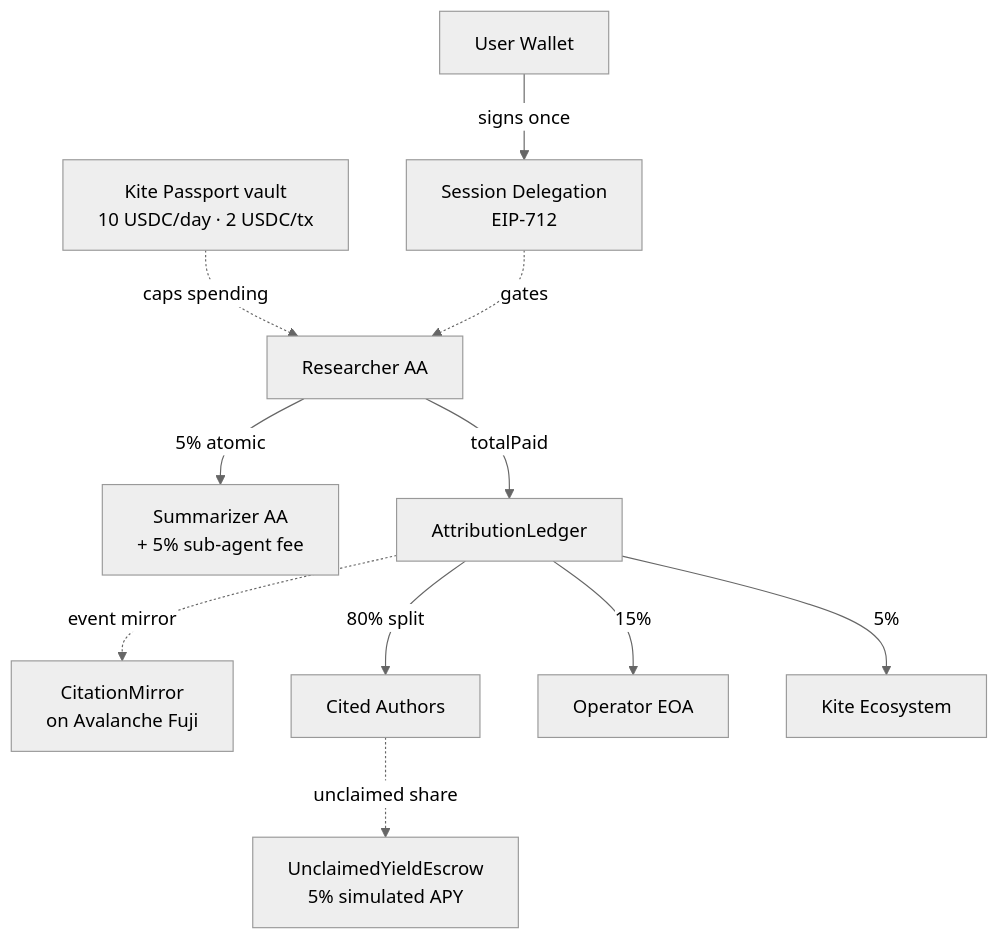
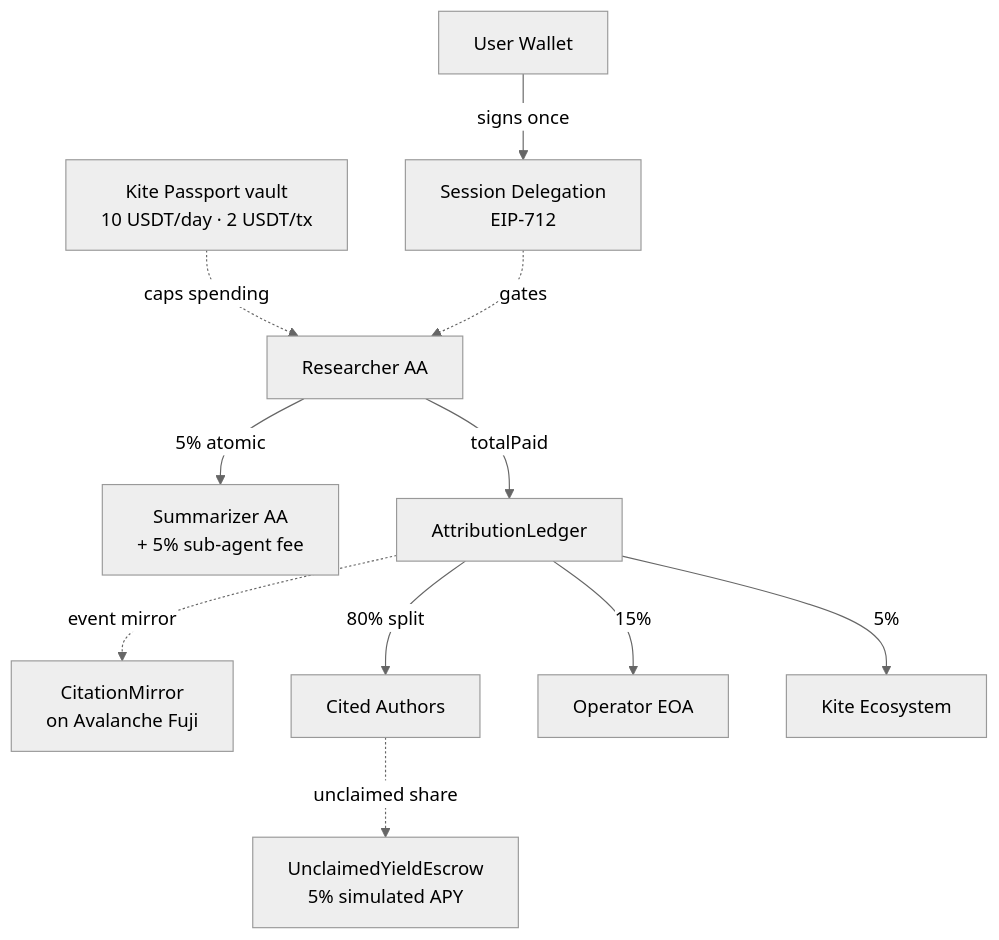
One commit to PugarHuda/kutip changed the diagram in docs/architecture.md. Above: the diagram before and after it, drawn with Mermaid (neutral theme). The commit also changed other lines of this file and 45 other files, not shown here.

````diff
--- a/docs/architecture.md
+++ b/docs/architecture.md
@@ -46,25 +46,25 @@
 ```mermaid
 flowchart TB
     User[User Wallet]
     Passport[Session Delegation<br/>EIP-712]
-    Vault[Kite Passport vault<br/>10 USDC/day · 2 USDC/tx]
+    Vault[Kite Passport vault<br/>10 USDT/day · 2 USDT/tx]
     Researcher[Researcher AA]
     Summarizer[Summarizer AA<br/>+ 5% sub-agent fee]
     Ledger[AttributionLedger]
     Escrow[UnclaimedYieldEscrow<br/>5% simulated APY]
     Mirror[CitationMirror<br/>on Avalanche Fuji]
     Authors[Cited Authors]
     Operator[Operator EOA]
     Eco[Kite Ecosystem]
 
     User -- signs once --> Passport
     Vault -. caps spending .-> Researcher
     Passport -. gates .-> Researcher
     Researcher -- 5% atomic --> Summarizer
     Researcher -- totalPaid --> Ledger
     Ledger -- 80% split --> Authors
     Ledger -- 15% --> Operator
     Ledger -- 5% --> Eco
     Authors -. unclaimed share .-> Escrow
     Ledger -. event mirror .-> Mirror
 ```
````
